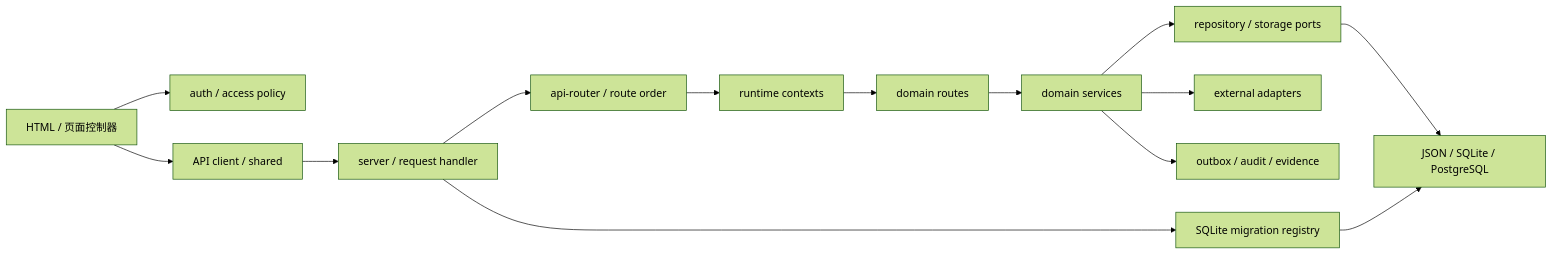
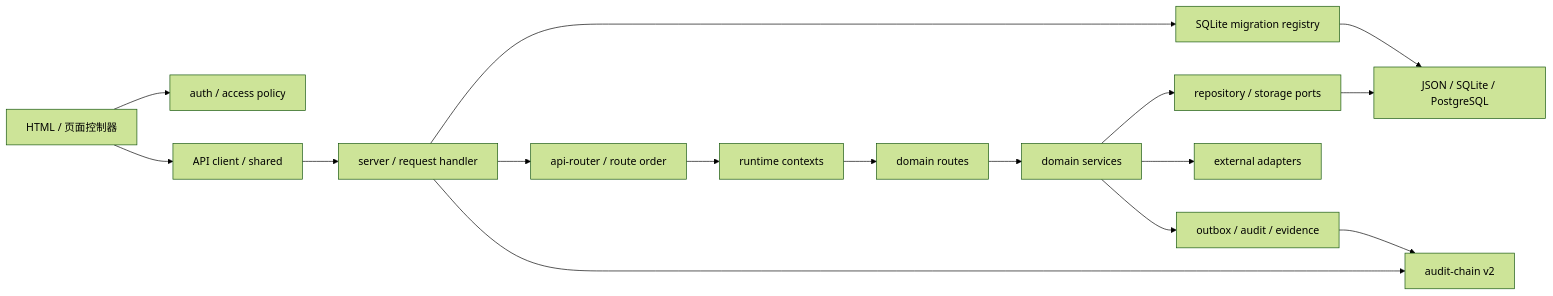
One commit to xujiann/chronic-care-platform changed the diagram in DEPENDENCY_MAP.md. Above: the diagram before and after it, drawn with Mermaid (forest theme). The commit also changed 11 other files, not shown here.

````diff
--- a/DEPENDENCY_MAP.md
+++ b/DEPENDENCY_MAP.md
@@ -7,16 +7,18 @@
 ```mermaid
 flowchart LR
   UI["HTML / 页面控制器"] --> AUTH["auth / access policy"]
   UI --> CLIENT["API client / shared"]
   CLIENT --> HTTP["server / request handler"]
   HTTP --> ROUTER["api-router / route order"]
   ROUTER --> CTX["runtime contexts"]
   CTX --> ROUTES["domain routes"]
   ROUTES --> DOMAIN["domain services"]
   DOMAIN --> REPO["repository / storage ports"]
   REPO --> STORE["JSON / SQLite / PostgreSQL"]
   HTTP --> MIG["SQLite migration registry"]
   MIG --> STORE
   DOMAIN --> EXT["external adapters"]
   DOMAIN --> EVT["outbox / audit / evidence"]
+  HTTP --> AUDIT["audit-chain v2"]
+  EVT --> AUDIT
 ```
````
